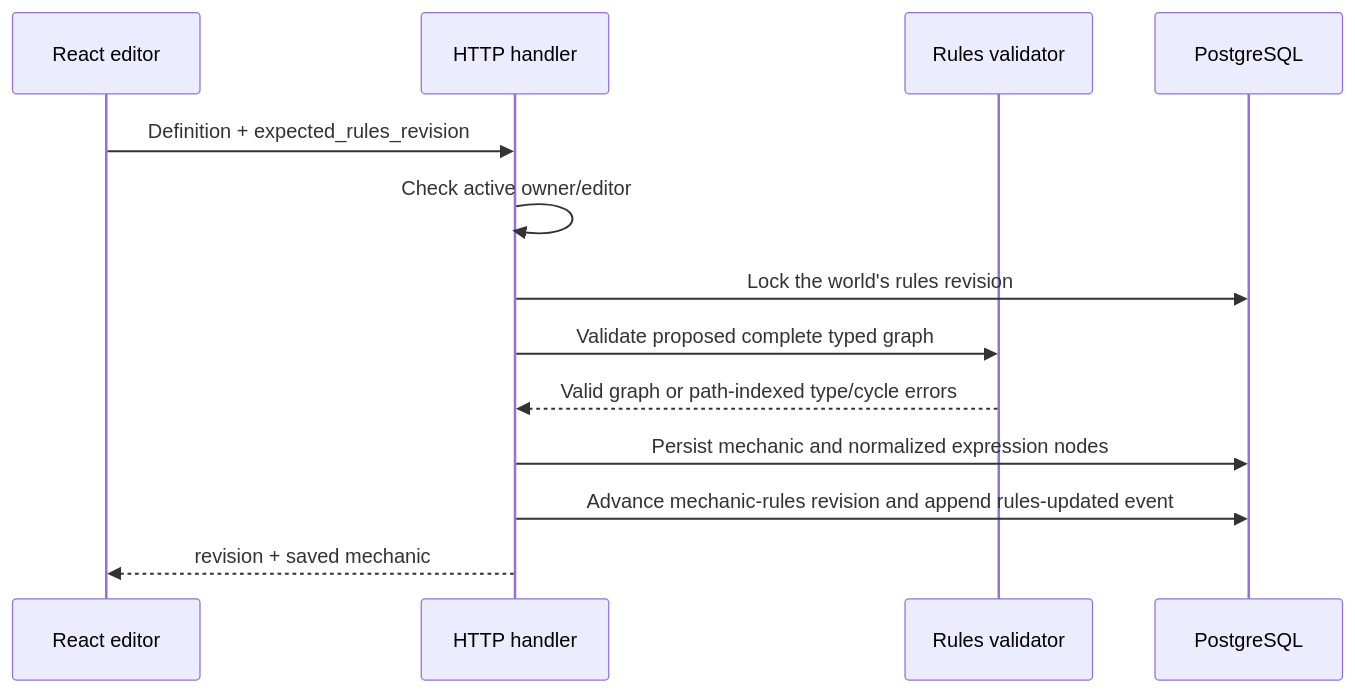
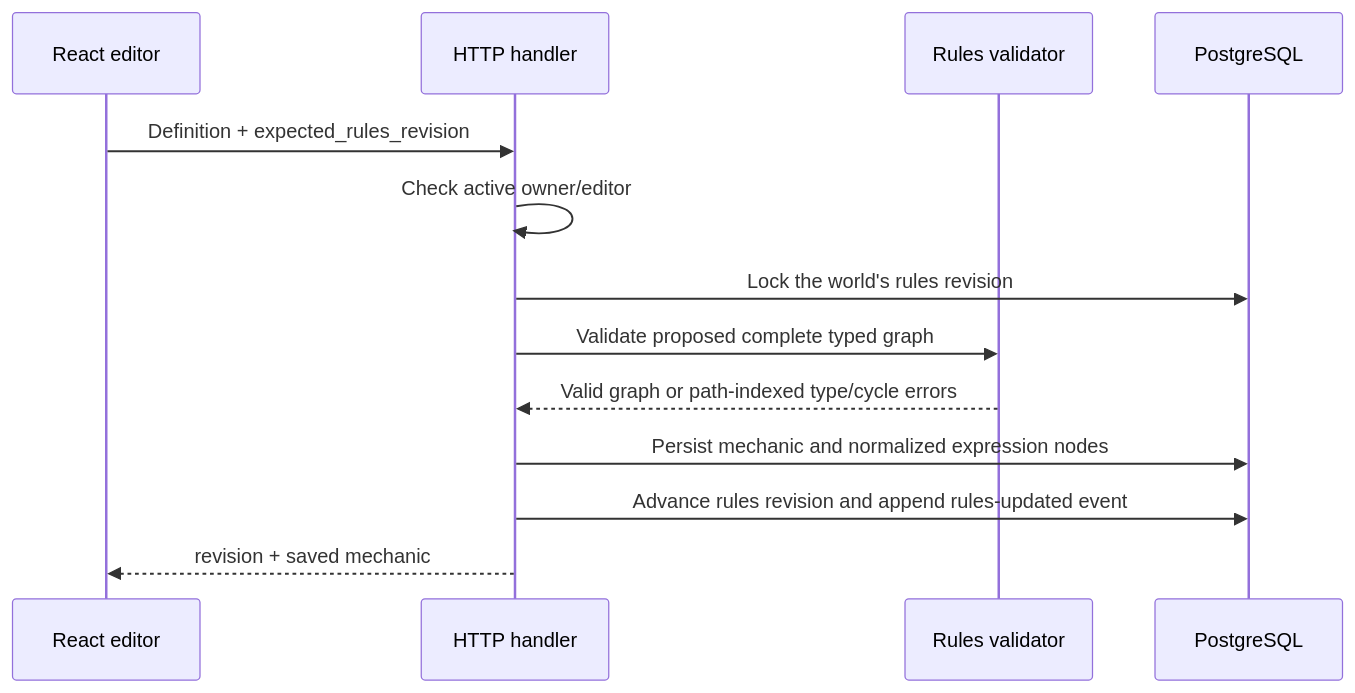
One commit to JTan2231/gezerah changed the sixth of 8 diagrams in docs/architecture.md. Above: the diagram before and after it, drawn with Mermaid. The commit also changed other lines of this file and 141 other files, not shown here.

````diff
--- a/docs/architecture.md
+++ b/docs/architecture.md
@@ -229,16 +229,16 @@
 ```mermaid
 sequenceDiagram
     participant UI as React editor
     participant H as HTTP handler
     participant R as Rules validator
     participant DB as PostgreSQL
 
     UI->>H: Definition + expected_rules_revision
     H->>H: Check active owner/editor
     H->>DB: Lock the world's rules revision
     H->>R: Validate proposed complete typed graph
     R-->>H: Valid graph or path-indexed type/cycle errors
     H->>DB: Persist mechanic and normalized expression nodes
-    H->>DB: Advance mechanic-rules revision and append rules-updated event
+    H->>DB: Advance rules revision and append rules-updated event
     H-->>UI: revision + saved mechanic
 ```
````
